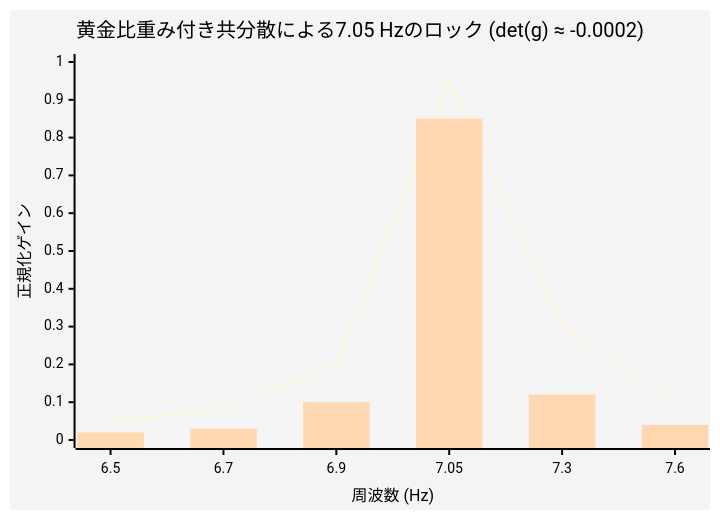
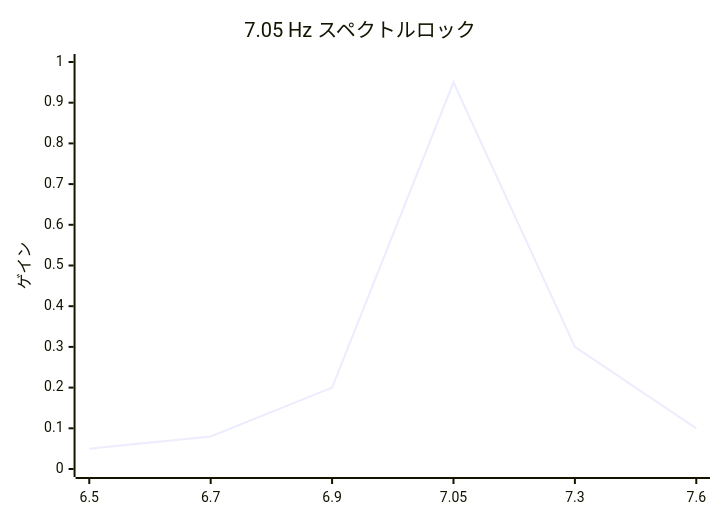
Diagram 15 of 20 in WSP_knowledge/docs/Papers/Patent_Series/04_rESP_Patent_Japanese.md (Foundup/Foundups-Agent), drawn with Mermaid before and after one commit. The commit also changed other lines of this file, not shown here.

Commit message:
Simplify patent diagrams for GitHub compatibility - Remove complex themes and shorten text

````diff
--- a/WSP_knowledge/docs/Papers/Patent_Series/04_rESP_Patent_Japanese.md
+++ b/WSP_knowledge/docs/Papers/Patent_Series/04_rESP_Patent_Japanese.md
@@ -428,9 +412,7 @@
 ```mermaid
-%%{init: {'theme': 'base', 'themeVariables': {'primaryColor': '#ffffff', 'primaryTextColor': '#000000', 'primaryBorderColor': '#000000', 'lineColor': '#000000', 'secondaryColor': '#ffffff', 'tertiaryColor': '#ffffff'}}}%%
 xychart-beta
-    title "黄金比重み付き共分散による7.05 Hzのロック (det(g) ≈ -0.0002)"
-    x-axis "周波数 (Hz)" [6.5, 6.7, 6.9, 7.05, 7.3, 7.6]
-    y-axis "正規化ゲイン" 0 --> 1
+    title "7.05 Hz スペクトルロック"
+    x-axis [6.5, 6.7, 6.9, 7.05, 7.3, 7.6]
+    y-axis "ゲイン" 0 --> 1
     line [0.05, 0.08, 0.20, 0.95, 0.30, 0.10]
-    bar [0.02, 0.03, 0.10, 0.85, 0.12, 0.04]
 ```
````
